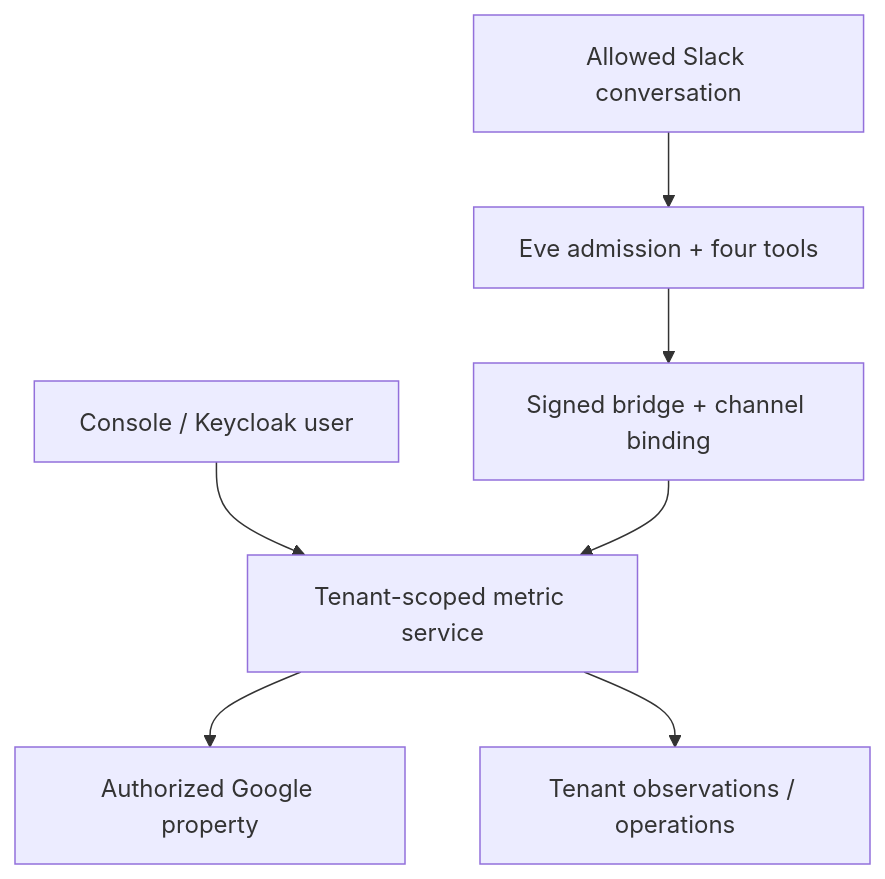
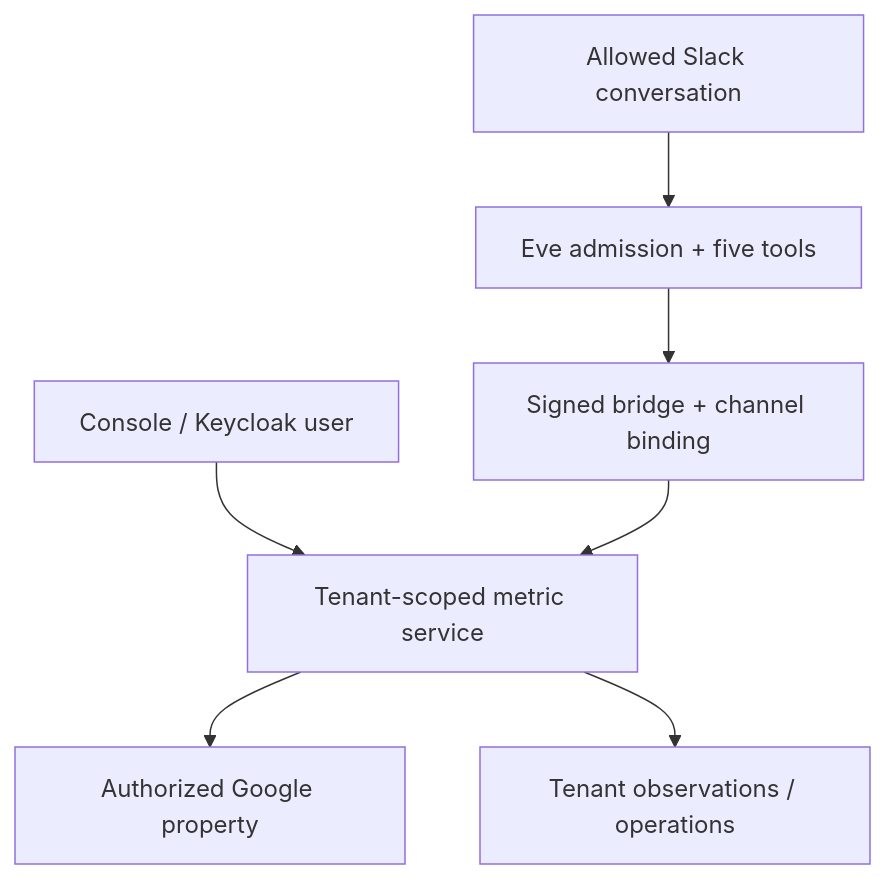
One commit to Geoking2104/GTM-Growth changed the diagram in docs/product/DATA-AGENT-JOURNEY.md. Above: the diagram before and after it, drawn with Mermaid. The commit also changed other lines of this file and 33 other files, not shown here.

````diff
--- a/docs/product/DATA-AGENT-JOURNEY.md
+++ b/docs/product/DATA-AGENT-JOURNEY.md
@@ -69,9 +69,9 @@
 ```mermaid
 flowchart TD
   C["Console / Keycloak user"] --> A["Tenant-scoped metric service"]
-  S["Allowed Slack conversation"] --> E["Eve admission + four tools"]
+  S["Allowed Slack conversation"] --> E["Eve admission + five tools"]
   E --> B["Signed bridge + channel binding"]
   B --> A
   A --> G["Authorized Google property"]
   A --> D["Tenant observations / operations"]
 ```
````
